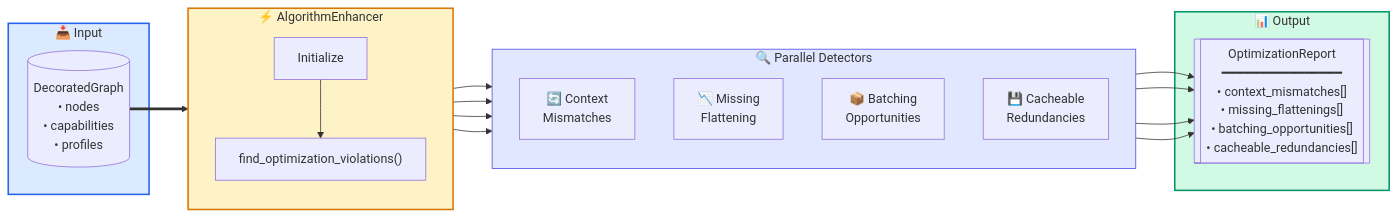
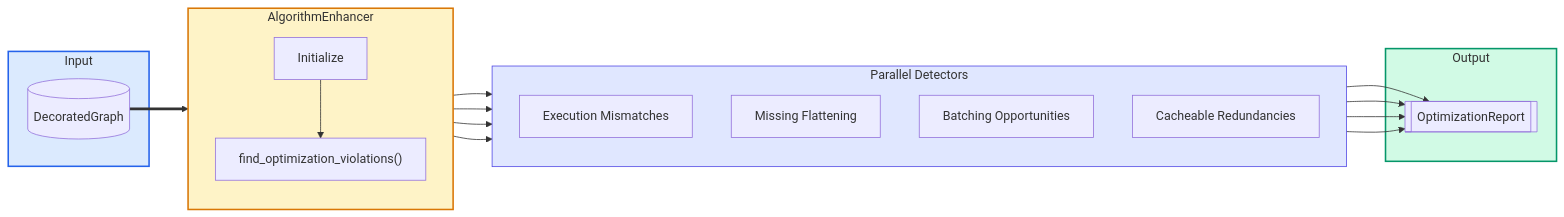
Before and after one commit to nestharus/ai-workflow: diagram 13 of 19 in .tasks/plans/algorithm enhancer/feedback.md, drawn with Mermaid. The commit also changed other lines of this file and 14 other files, not shown here.

````diff
--- a/.tasks/plans/algorithm enhancer/feedback.md
+++ b/.tasks/plans/algorithm enhancer/feedback.md
@@ -532,34 +537,34 @@
 ```mermaid
 flowchart LR
-    subgraph input["📥 Input"]
-        inputGraph[("DecoratedGraph\n• nodes\n• capabilities\n• profiles")]
+    subgraph input["Input"]
+        inputGraph[("DecoratedGraph")]
     end
 
-    subgraph enhancer["⚡ AlgorithmEnhancer"]
+    subgraph enhancer["AlgorithmEnhancer"]
         direction TB
         init["Initialize"]
         find["find_optimization_violations()"]
         init --> find
     end
 
-    subgraph detectors["🔍 Parallel Detectors"]
+    subgraph detectors["Parallel Detectors"]
         direction TB
-        cm["🔄 Context\nMismatches"]
-        mf["📉 Missing\nFlattening"]
-        bo["📦 Batching\nOpportunities"]
-        cr["💾 Cacheable\nRedundancies"]
+        cm["Execution Mismatches"]
+        mf["Missing Flattening"]
+        bo["Batching Opportunities"]
+        cr["Cacheable Redundancies"]
     end
 
-    subgraph output["📊 Output"]
-        report[["OptimizationReport\n━━━━━━━━━━━━━━━━\n• context_mismatches[]\n• missing_flattenings[]\n• batching_opportunities[]\n• cacheable_redundancies[]"]]
+    subgraph output["Output"]
+        report[["OptimizationReport"]]
     end
 
     inputGraph ==> enhancer
     find --> cm & mf & bo & cr
     cm & mf & bo & cr --> report
 
     style input fill:#dbeafe,stroke:#2563eb,stroke-width:2px
     style enhancer fill:#fef3c7,stroke:#d97706,stroke-width:2px
     style detectors fill:#e0e7ff,stroke:#4f46e5
     style output fill:#d1fae5,stroke:#059669,stroke-width:2px
 ```
````
